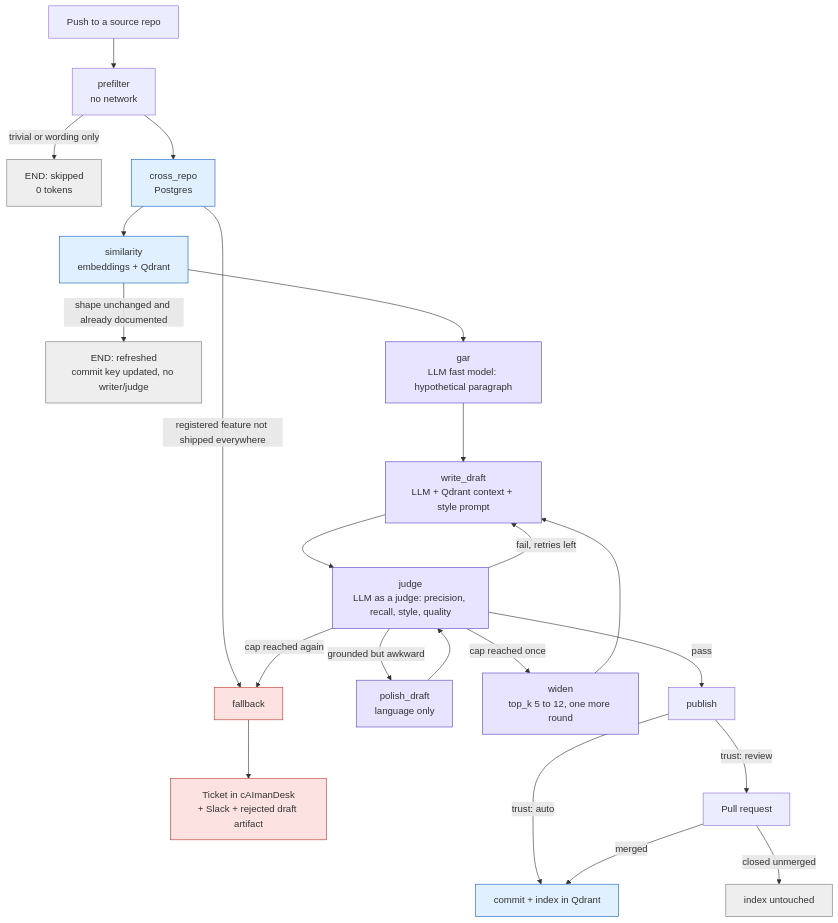
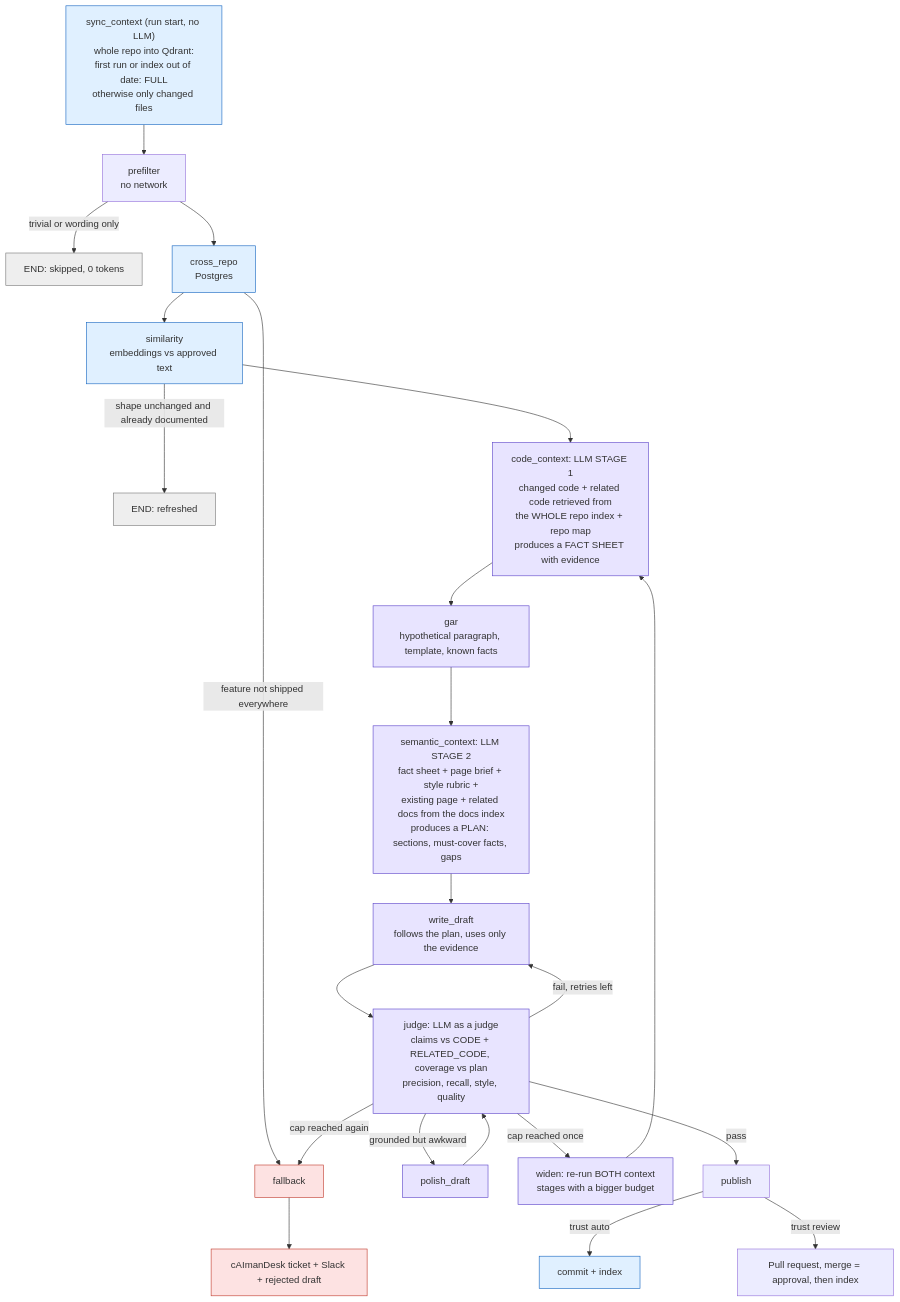
One commit to rubenalejandrocalderoncorona/ai-multisync-tool changed the second of 2 diagrams in docs/SETUP-REQUIRED.md. Above: the diagram before and after it, drawn with Mermaid. The commit also changed other lines of this file and 49 other files, not shown here.

First line of the commit message:
feat: two context stages, CI/CD, in-cluster runner, LLM retries; verified on real services

````diff
--- a/docs/SETUP-REQUIRED.md
+++ b/docs/SETUP-REQUIRED.md
@@ -63,33 +76,33 @@
 ```mermaid
 flowchart TD
-  A["Push to a source repo"] --> B["prefilter<br/>no network"]
-  B -->|"trivial or wording only"| X1["END: skipped<br/>0 tokens"]
+  S0["sync_context (run start, no LLM)<br/>whole repo into Qdrant:<br/>first run or index out of date: FULL<br/>otherwise only changed files"] --> B["prefilter<br/>no network"]
+  B -->|"trivial or wording only"| X1["END: skipped, 0 tokens"]
   B --> C["cross_repo<br/>Postgres"]
-  C -->|"registered feature not shipped everywhere"| F
-  C --> D["similarity<br/>embeddings + Qdrant"]
-  D -->|"shape unchanged and already documented"| X2["END: refreshed<br/>commit key updated, no writer/judge"]
-  D --> E["gar<br/>LLM fast model: hypothetical paragraph"]
-  E --> G["write_draft<br/>LLM + Qdrant context + style prompt"]
-  G --> H["judge<br/>LLM as a judge: precision, recall, style, quality"]
-  H -->|"grounded but awkward"| P["polish_draft<br/>language only"]
-  P --> H
-  H -->|"fail, retries left"| G
-  H -->|"cap reached once"| W["widen<br/>top_k 5 to 12, one more round"]
-  W --> G
-  H -->|"pass"| U["publish"]
-  H -->|"cap reached again"| F["fallback"]
-  F --> T["Ticket in cAImanDesk<br/>+ Slack + rejected draft artifact"]
-  U -->|"trust: auto"| I["commit + index in Qdrant"]
-  U -->|"trust: review"| R["Pull request"]
-  R -->|"merged"| I
-  R -->|"closed unmerged"| X3["index untouched"]
+  C -->|"feature not shipped everywhere"| F
+  C --> D["similarity<br/>embeddings vs approved text"]
+  D -->|"shape unchanged and already documented"| X2["END: refreshed"]
+  D --> E1["code_context: LLM STAGE 1<br/>changed code + related code retrieved from<br/>the WHOLE repo index + repo map<br/>produces a FACT SHEET with evidence"]
+  E1 --> G["gar<br/>hypothetical paragraph, template, known facts"]
+  G --> E2["semantic_context: LLM STAGE 2<br/>fact sheet + page brief + style rubric +<br/>existing page + related docs from the docs index<br/>produces a PLAN: sections, must-cover facts, gaps"]
+  E2 --> W["write_draft<br/>follows the plan, uses only the evidence"]
+  W --> J["judge: LLM as a judge<br/>claims vs CODE + RELATED_CODE, coverage vs plan<br/>precision, recall, style, quality"]
+  J -->|"grounded but awkward"| P["polish_draft"]
+  P --> J
+  J -->|"fail, retries left"| W
+  J -->|"cap reached once"| WD["widen: re-run BOTH context<br/>stages with a bigger budget"]
+  WD --> E1
+  J -->|"pass"| U["publish"]
+  J -->|"cap reached again"| F["fallback"]
+  F --> T["cAImanDesk ticket + Slack + rejected draft"]
+  U -->|"trust auto"| I["commit + index"]
+  U -->|"trust review"| R["Pull request, merge = approval, then index"]
 
   classDef llm fill:#e8e4ff,stroke:#5b43c9;
   classDef store fill:#e0f0ff,stroke:#1565c0;
   classDef stop fill:#eee,stroke:#777;
   classDef bad fill:#fde2e2,stroke:#c0392b;
-  class E,G,H,P,W llm;
-  class C,D,I store;
-  class X1,X2,X3 stop;
+  class E1,E2,G,W,J,P,WD llm;
+  class S0,C,D,I store;
+  class X1,X2 stop;
   class F,T bad;
 ```
````
